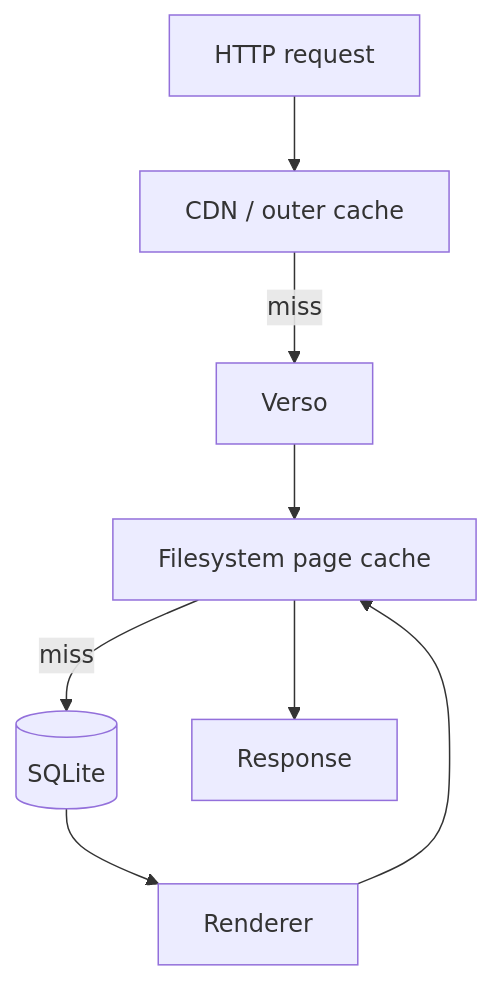
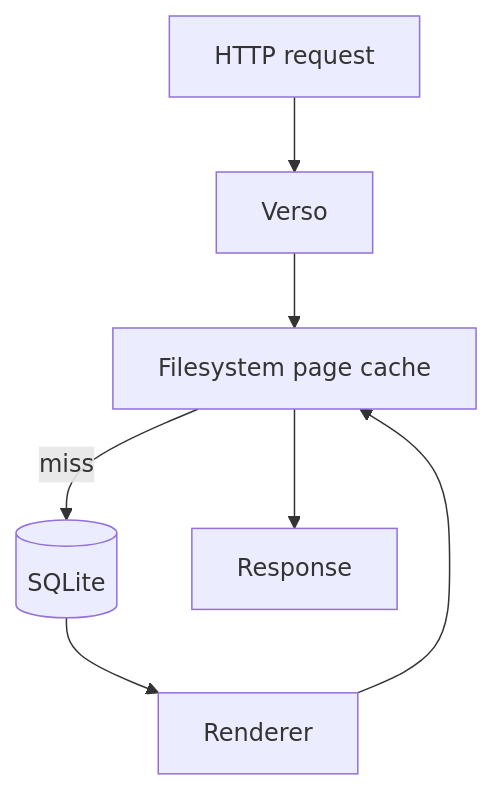
The fourth of 7 diagrams in docs/design/system.md (Natoandro/verso), drawn with Mermaid before and after one commit. The commit also changed other lines of this file and 7 other files, not shown here.

````diff
--- a/docs/design/system.md
+++ b/docs/design/system.md
@@ -200,10 +202,9 @@
 ```mermaid
 flowchart TB
-    request["HTTP request"] --> cdn["CDN / outer cache"]
-    cdn -->|miss| verso["Verso"]
+    request["HTTP request"] --> verso["Verso"]
     verso --> cache["Filesystem page cache"]
     cache -->|miss| sqlite[("SQLite")]
     sqlite --> renderer["Renderer"]
     renderer --> cache
     cache --> response["Response"]
 ```
````
